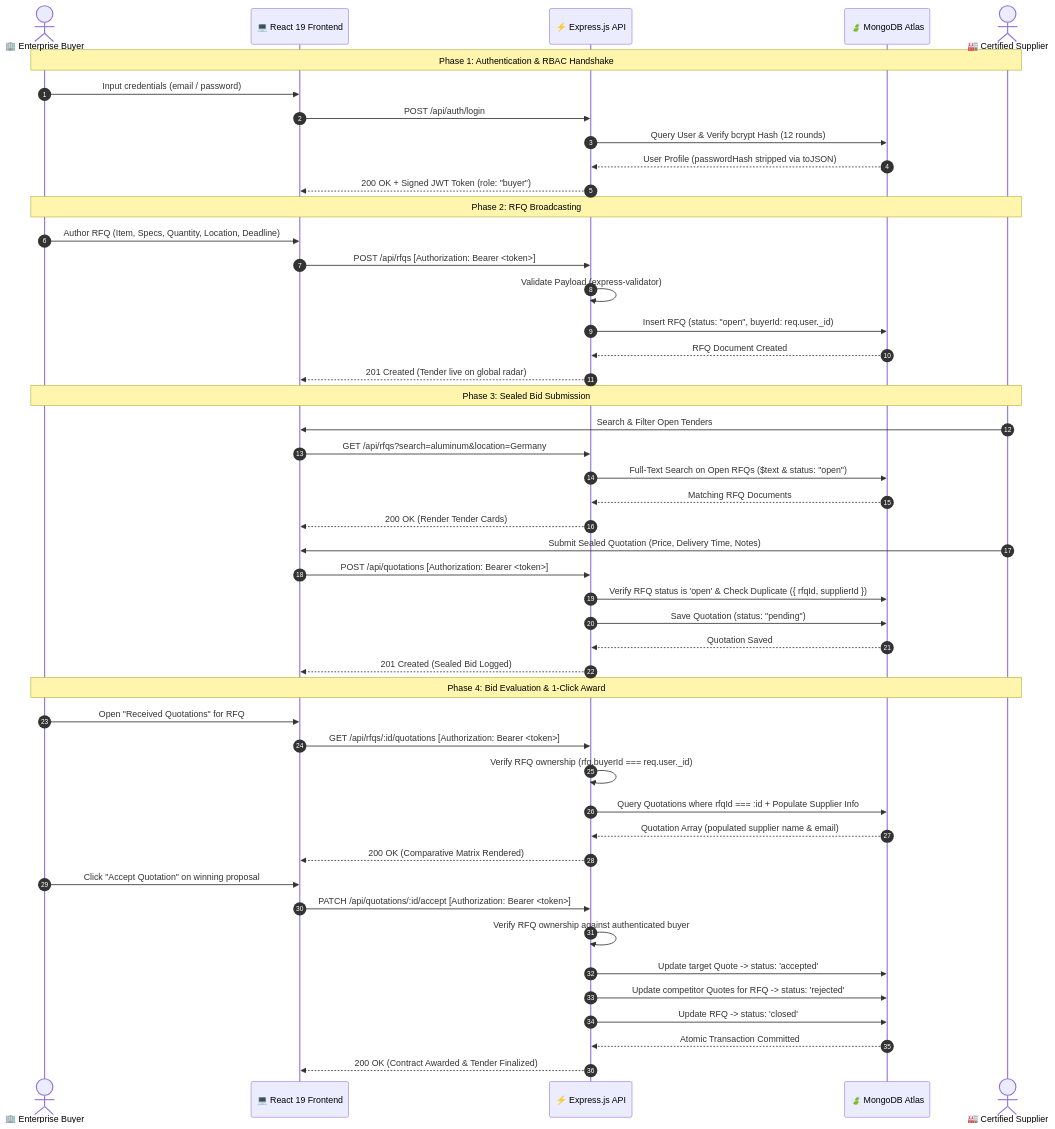
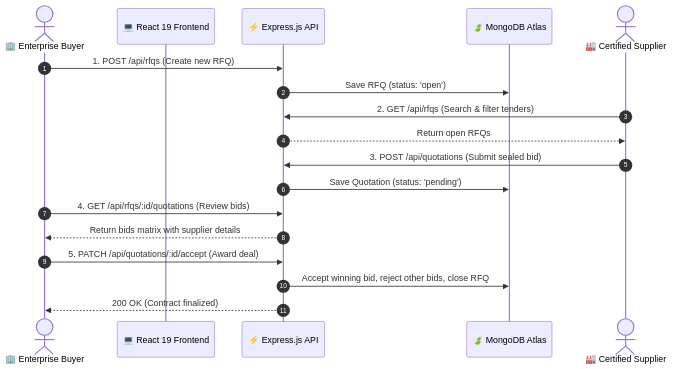
One commit to Utkarsh-Tyagi-16/B2B-RFQ-Marketplace changed the diagram in README.md. Above: the diagram before and after it, drawn with Mermaid. The commit also changed other lines of this file, not shown here.

````diff
--- a/README.md
+++ b/README.md
@@ -141,57 +53,21 @@
 ```mermaid
 sequenceDiagram
     autonumber
     actor Buyer as 🏢 Enterprise Buyer
-    participant Client as 💻 React 19 Frontend
-    participant Server as ⚡ Express.js API
+    participant App as 💻 React 19 Frontend
+    participant API as ⚡ Express.js API
     participant DB as 🍃 MongoDB Atlas
     actor Supplier as 🏭 Certified Supplier
 
-    %% Authentication Phase
-    Note over Buyer,Supplier: Phase 1: Authentication & RBAC Handshake
-    Buyer->>Client: Input credentials (email / password)
-    Client->>Server: POST /api/auth/login
-    Server->>DB: Query User & Verify bcrypt Hash (12 rounds)
-    DB-->>Server: User Profile (passwordHash stripped via toJSON)
-    Server-->>Client: 200 OK + Signed JWT Token (role: "buyer")
-
-    %% RFQ Creation Phase
-    Note over Buyer,Supplier: Phase 2: RFQ Broadcasting
-    Buyer->>Client: Author RFQ (Item, Specs, Quantity, Location, Deadline)
-    Client->>Server: POST /api/rfqs [Authorization: Bearer <token>]
-    Server->>Server: Validate Payload (express-validator)
-    Server->>DB: Insert RFQ (status: "open", buyerId: req.user._id)
-    DB-->>Server: RFQ Document Created
-    Server-->>Client: 201 Created (Tender live on global radar)
-
-    %% Supplier Discovery & Sealed Bid Submission
-    Note over Buyer,Supplier: Phase 3: Sealed Bid Submission
-    Supplier->>Client: Search & Filter Open Tenders
-    Client->>Server: GET /api/rfqs?search=aluminum&location=Germany
-    Server->>DB: Full-Text Search on Open RFQs ($text & status: "open")
-    DB-->>Server: Matching RFQ Documents
-    Server-->>Client: 200 OK (Render Tender Cards)
-    Supplier->>Client: Submit Sealed Quotation (Price, Delivery Time, Notes)
-    Client->>Server: POST /api/quotations [Authorization: Bearer <token>]
-    Server->>DB: Verify RFQ status is 'open' & Check Duplicate ({ rfqId, supplierId })
-    Server->>DB: Save Quotation (status: "pending")
-    DB-->>Server: Quotation Saved
-    Server-->>Client: 201 Created (Sealed Bid Logged)
-
-    %% Buyer Bid Evaluation & Contract Award
-    Note over Buyer,Supplier: Phase 4: Bid Evaluation & 1-Click Award
-    Buyer->>Client: Open "Received Quotations" for RFQ
-    Client->>Server: GET /api/rfqs/:id/quotations [Authorization: Bearer <token>]
-    Server->>Server: Verify RFQ ownership (rfq.buyerId === req.user._id)
-    Server->>DB: Query Quotations where rfqId === :id + Populate Supplier Info
-    DB-->>Server: Quotation Array (populated supplier name & email)
-    Server-->>Client: 200 OK (Comparative Matrix Rendered)
-    Buyer->>Client: Click "Accept Quotation" on winning proposal
-    Client->>Server: PATCH /api/quotations/:id/accept [Authorization: Bearer <token>]
-    Server->>Server: Verify RFQ ownership against authenticated buyer
-    Server->>DB: Update target Quote -> status: 'accepted'
-    Server->>DB: Update competitor Quotes for RFQ -> status: 'rejected'
-    Server->>DB: Update RFQ -> status: 'closed'
-    DB-->>Server: Atomic Transaction Committed
-    Server-->>Client: 200 OK (Contract Awarded & Tender Finalized)
+    Buyer->>API: 1. POST /api/rfqs (Create new RFQ)
+    API->>DB: Save RFQ (status: 'open')
+    Supplier->>API: 2. GET /api/rfqs (Search & filter tenders)
+    API-->>Supplier: Return open RFQs
+    Supplier->>API: 3. POST /api/quotations (Submit sealed bid)
+    API->>DB: Save Quotation (status: 'pending')
+    Buyer->>API: 4. GET /api/rfqs/:id/quotations (Review bids)
+    API-->>Buyer: Return bids matrix with supplier details
+    Buyer->>API: 5. PATCH /api/quotations/:id/accept (Award deal)
+    API->>DB: Accept winning bid, reject other bids, close RFQ
+    API-->>Buyer: 200 OK (Contract finalized)
 ```
````
